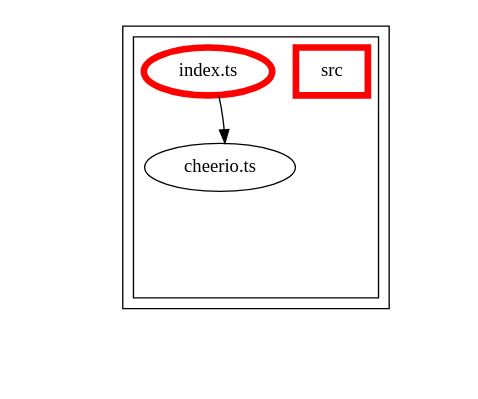
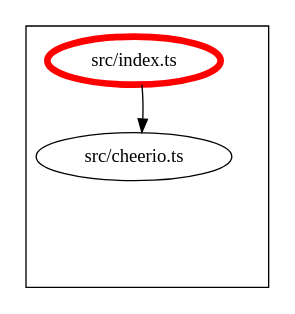
Before and after one commit to Siteimprove/alfa-integrations: the diagram in packages/alfa-cheerio/docs/dependency-graph.dot, drawn with Graphviz. The commit also changed 88 other files, not shown here.

```diff
--- a/packages/alfa-cheerio/docs/dependency-graph.dot
+++ b/packages/alfa-cheerio/docs/dependency-graph.dot
@@ -1,65 +1,32 @@
-digraph "dependency-graph-[object Object]" {
+digraph "dependency-graph-@siteimprove/alfa-cheerio" {
   compound = true;
-  "dependency-graph-[object Object]" [
-    style = "invis";
-  ];
   "src/cheerio.ts";
   subgraph "cluster_src" {
     color = "#000000";
     label = "";
-    "name_src" [
-      penwidth = 5;
-      shape = "rectangle";
-      color = "#ff0000";
-      label = "src";
+    "src/cheerio.ts" [
+      label = "src/cheerio.ts";
     ];
     "exit_src" [
       style = "invis";
     ];
-    subgraph "cluster_src" {
-      color = "#000000";
-      label = "";
-      "name_src" [
-        penwidth = 5;
-        shape = "rectangle";
-        color = "#ff0000";
-        label = "src";
-      ];
-      "exit_src" [
-        style = "invis";
-      ];
-      "src/cheerio.ts" [
-        label = "cheerio.ts";
-      ];
-      "src/index.ts" [
-        label = "index.ts";
-        color = "#ff0000";
-        penwidth = 5;
-      ];
-      "src/cheerio.ts" -> "exit_src" [
-        style = "invis";
-      ];
-      "src/index.ts" -> "exit_src" [
-        style = "invis";
-      ];
-    }
-    "exit_src" -> "exit_src" [
+    "src/index.ts" [
+      label = "src/index.ts";
+      color = "#ff0000";
+      penwidth = 5;
+    ];
+    "src/cheerio.ts" -> "exit_src" [
       style = "invis";
     ];
-    "exit_src" -> "exit_src" [
+    "src/index.ts" -> "exit_src" [
       style = "invis";
     ];
   }
-  "exit_src" -> "dependency-graph-[object Object]" [
-    style = "invis";
-  ];
   "src/index.ts" -> "src/cheerio.ts" [
     style = "invis";
   ];
   "src/index.ts" -> "src/cheerio.ts" [
     style = "solid";
-    ltail = "cluster_src/index.ts";
-    lhead = "cluster_src/cheerio.ts";
     color = "black";
   ];
 }
```
